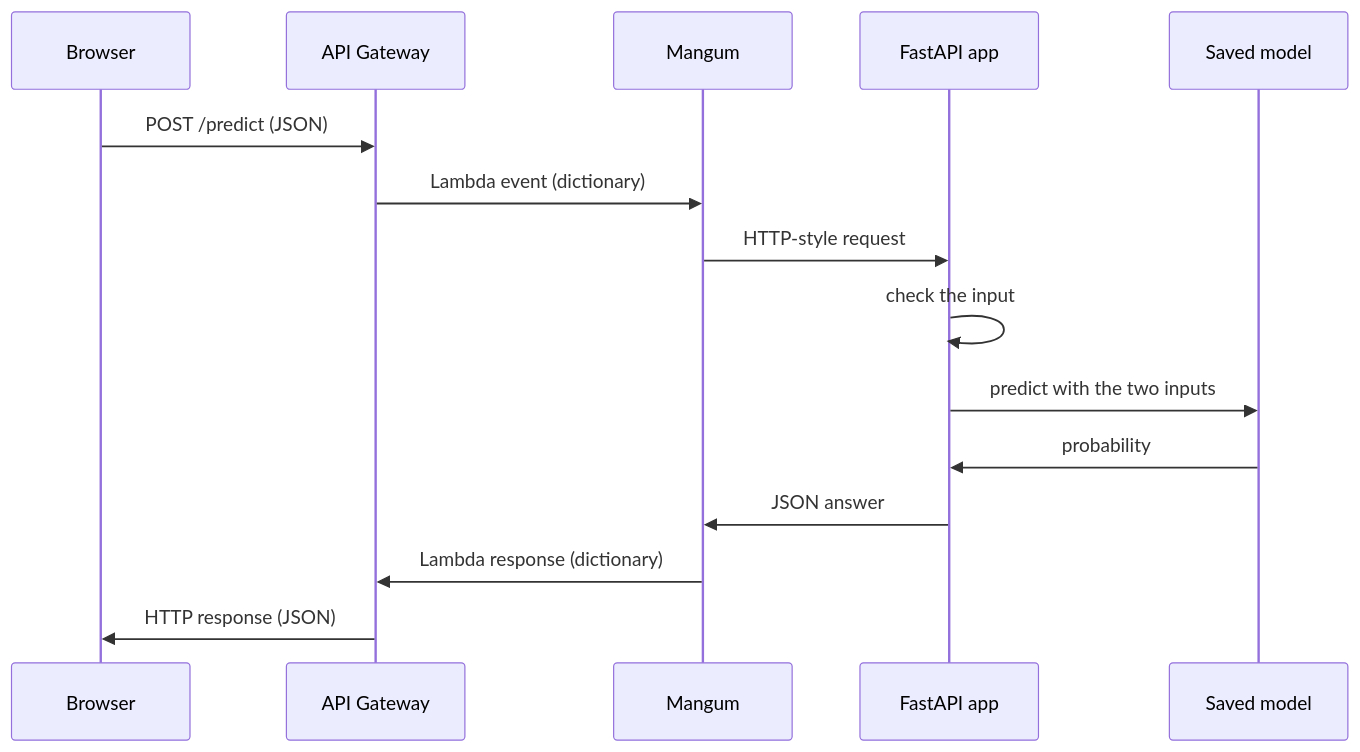
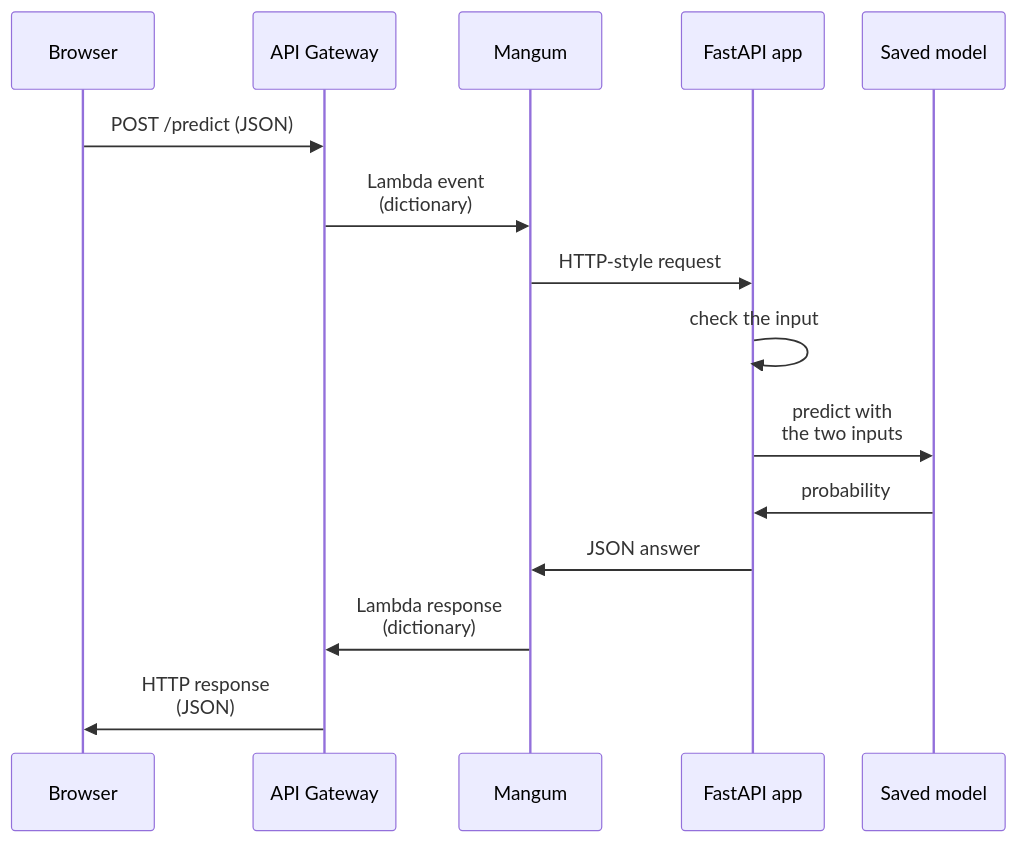
Before and after one commit to jconnors23/510-m3-nfl-prediction-analytics: the first of 4 diagrams in docs/implementation/phase-4/implementation.md, drawn with Mermaid. The commit also changed other lines of this file and 47 other files, not shown here.

````diff
--- a/docs/implementation/phase-4/implementation.md
+++ b/docs/implementation/phase-4/implementation.md
@@ -22,17 +22,18 @@
 ```mermaid
+%%{init: {"sequence": {"width": 120, "actorMargin": 30}}}%%
 sequenceDiagram
     participant B as Browser
     participant G as API Gateway
     participant M as Mangum
     participant F as FastAPI app
     participant P as Saved model
     B->>G: POST /predict (JSON)
-    G->>M: Lambda event (dictionary)
+    G->>M: Lambda event<br/>(dictionary)
     M->>F: HTTP-style request
     F->>F: check the input
-    F->>P: predict with the two inputs
+    F->>P: predict with<br/>the two inputs
     P->>F: probability
     F->>M: JSON answer
-    M->>G: Lambda response (dictionary)
-    G->>B: HTTP response (JSON)
+    M->>G: Lambda response<br/>(dictionary)
+    G->>B: HTTP response<br/>(JSON)
 ```
````
